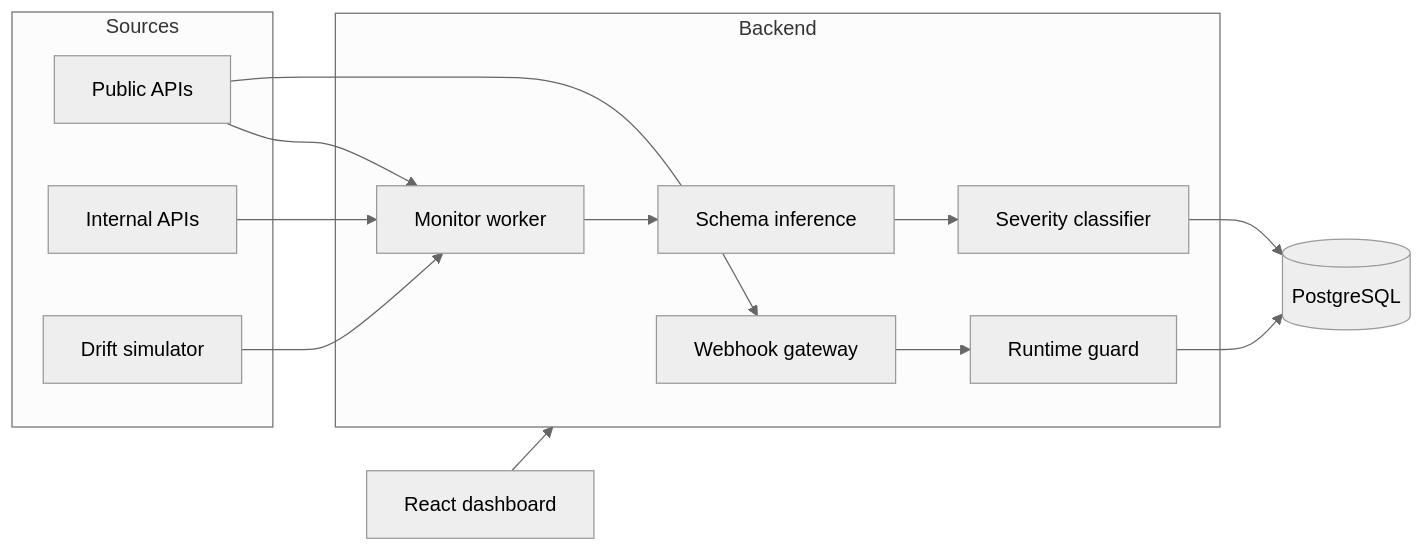
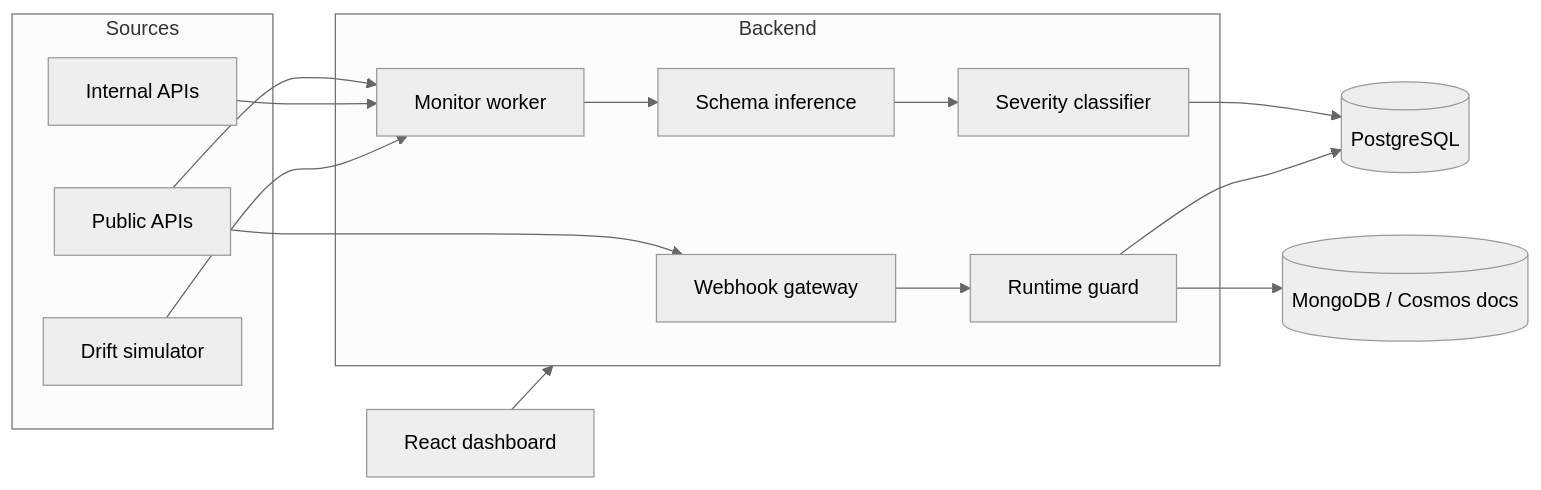
The diagram in README.md (sushildalavi/SchemaPilot-API-Contract-Drift-Monitor), drawn with Mermaid (neutral theme) before and after one commit. The commit also changed other lines of this file and 1 other file, not shown here.

Commit message:
Document Mongo storage split

````diff
--- a/README.md
+++ b/README.md
@@ -27,27 +28,29 @@
 ```mermaid
 flowchart LR
   subgraph Sources
     A[Public APIs]
     B[Internal APIs]
     C[Drift simulator]
   end
 
   subgraph Backend
     G1[Webhook gateway]
     M1[Monitor worker]
     M2[Schema inference]
     M3[Severity classifier]
     M4[Runtime guard]
   end
 
   DB[(PostgreSQL)]
+  DOC[(MongoDB / Cosmos docs)]
   FE[React dashboard]
 
   A --> M1
   B --> M1
   C --> M1
   A --> G1 --> M4
   M1 --> M2 --> M3 --> DB
   M4 --> DB
+  M4 --> DOC
   FE --> Backend
 ```
````
